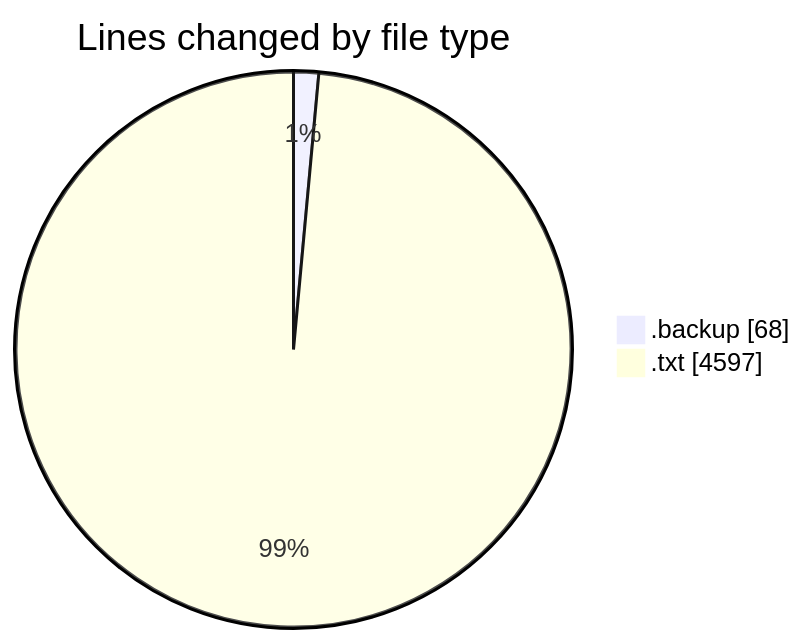
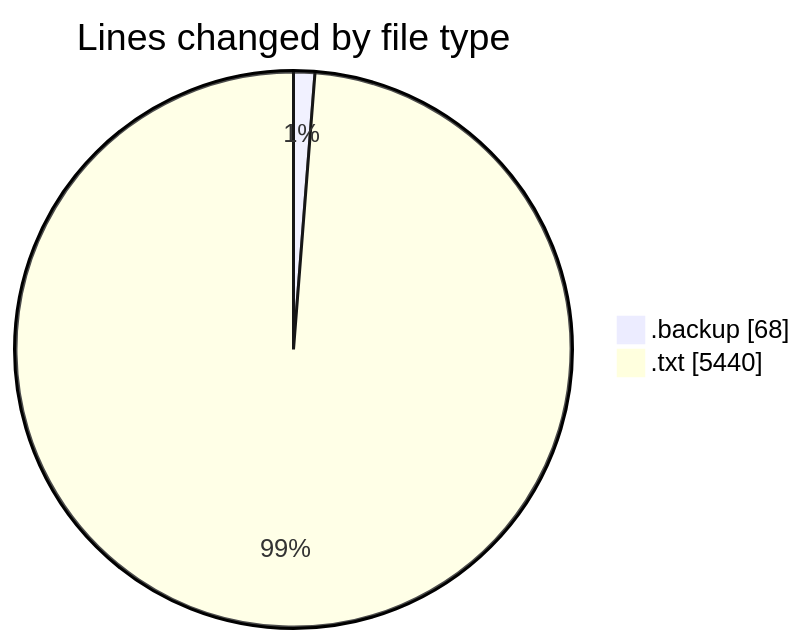
One commit to ricardozamudiocil/code-tracking changed the first of 2 diagrams in 2026-11-25/informesdocpath/README.md. Above: the diagram before and after it, drawn with Mermaid. The commit also changed other lines of this file and 1 other file, not shown here.

````diff
--- a/2026-11-25/informesdocpath/README.md
+++ b/2026-11-25/informesdocpath/README.md
@@ -22,6 +22,6 @@
 ```mermaid
 pie showData
 title Lines changed by file type
 ".backup" : 68
-".txt" : 4597
+".txt" : 5440
 ```
````
